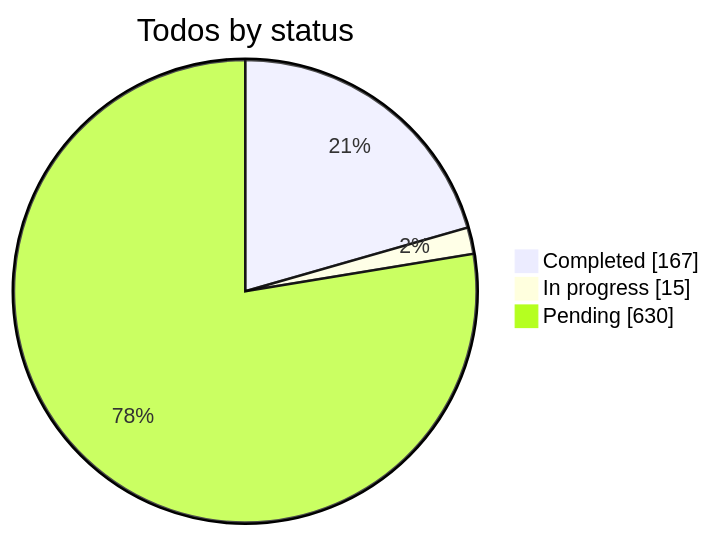
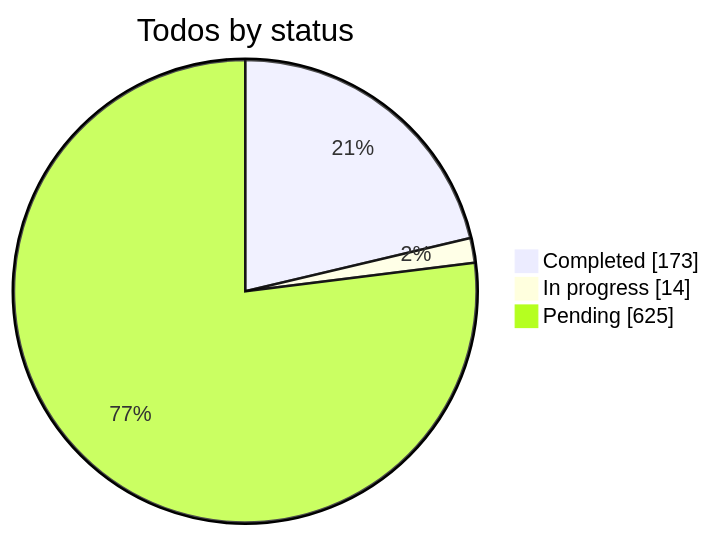
One commit to KantaPaul/next-cms changed the first of 6 diagrams in .cursor/plans/combined_cms_refs_f96163bc.plan.md. Above: the diagram before and after it, drawn with Mermaid. The commit also changed other lines of this file and 15 other files, not shown here.

````diff
--- a/.cursor/plans/combined_cms_refs_f96163bc.plan.md
+++ b/.cursor/plans/combined_cms_refs_f96163bc.plan.md
@@ -2463,6 +2463,6 @@
 ```mermaid
 pie showData title Todos by status
-  "Completed" : 167
-  "In progress" : 15
-  "Pending" : 630
+  "Completed" : 173
+  "In progress" : 14
+  "Pending" : 625
 ```
````
